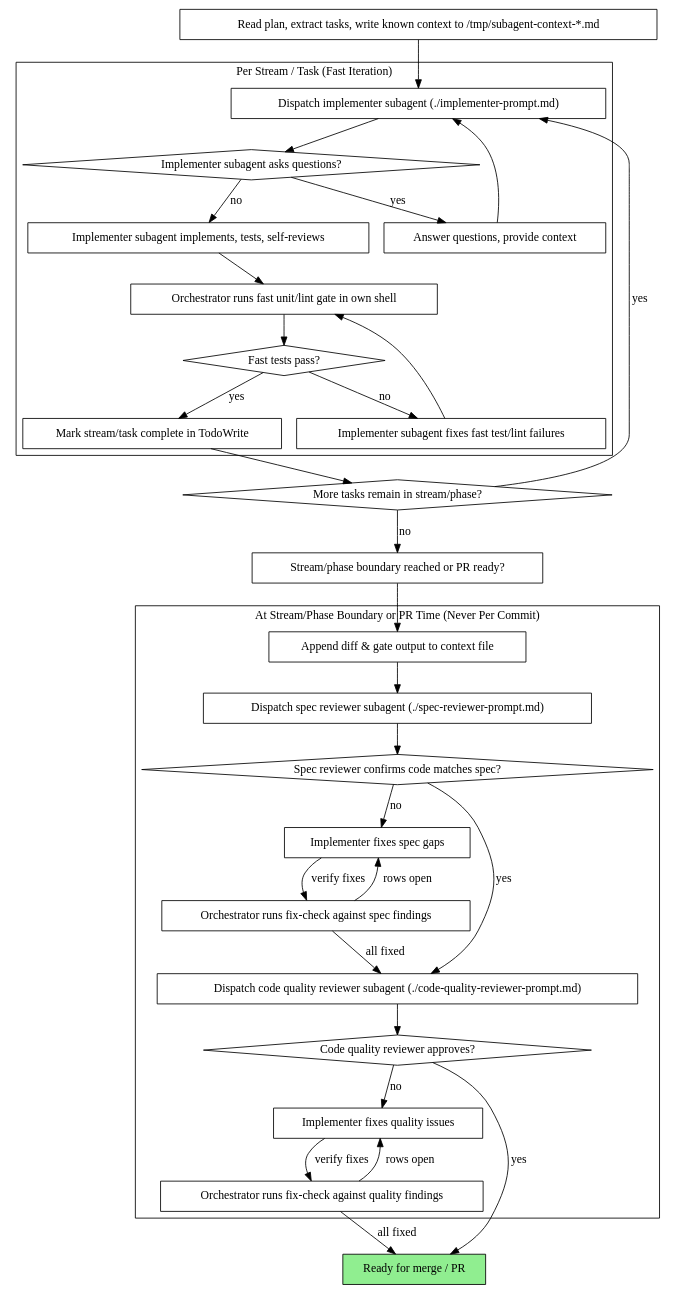
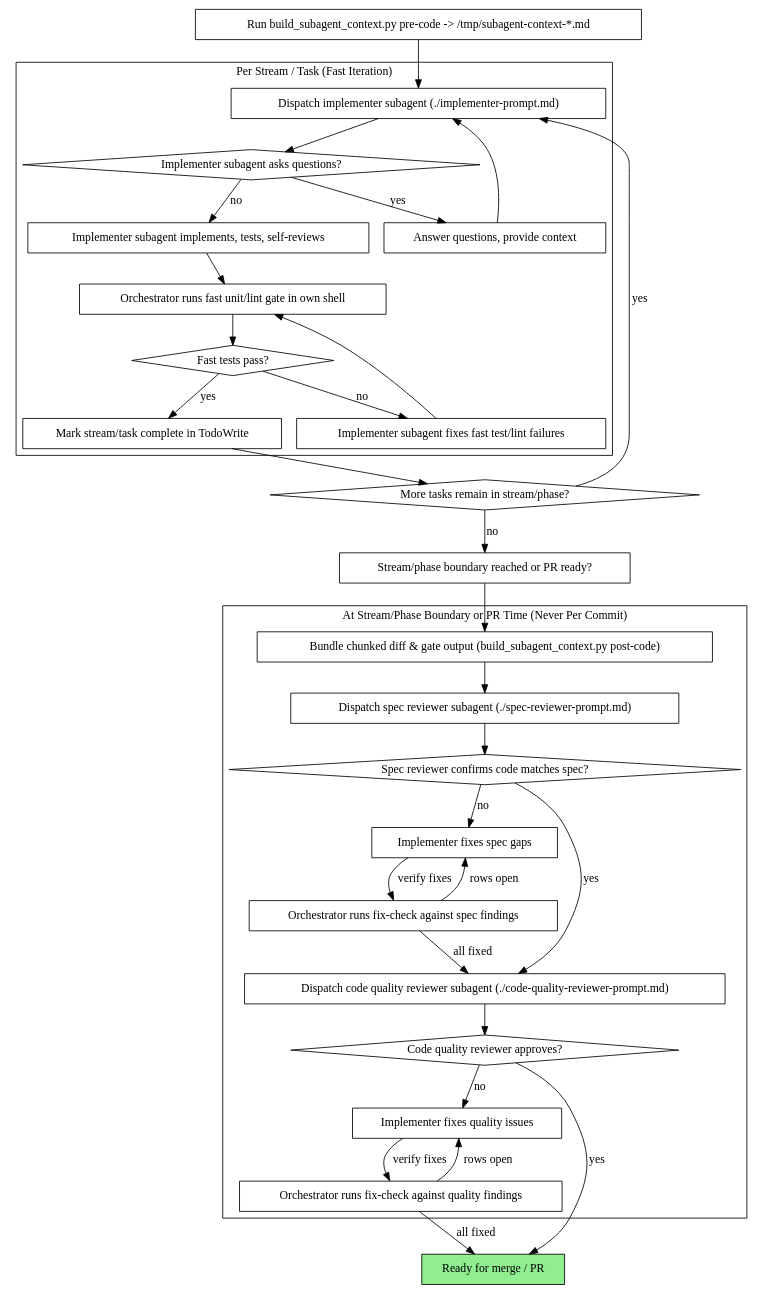
One commit to futuregerald/futuregerald-claude-plugin changed the second of 2 diagrams in internal/catalog/shared/skills/subagent-driven-development/SKILL.md. Above: the diagram before and after it, drawn with Graphviz. The commit also changed other lines of this file and 62 other files, not shown here.

````diff
--- a/internal/catalog/shared/skills/subagent-driven-development/SKILL.md
+++ b/internal/catalog/shared/skills/subagent-driven-development/SKILL.md
@@ -72,63 +99,63 @@
 ```dot
 digraph process {
     rankdir=TB;
 
     subgraph cluster_per_stream {
         label="Per Stream / Task (Fast Iteration)";
         "Dispatch implementer subagent (./implementer-prompt.md)" [shape=box];
         "Implementer subagent asks questions?" [shape=diamond];
         "Answer questions, provide context" [shape=box];
         "Implementer subagent implements, tests, self-reviews" [shape=box];
         "Orchestrator runs fast unit/lint gate in own shell" [shape=box];
         "Fast tests pass?" [shape=diamond];
         "Implementer subagent fixes fast test/lint failures" [shape=box];
         "Mark stream/task complete in TodoWrite" [shape=box];
     }
 
     subgraph cluster_review_gate {
         label="At Stream/Phase Boundary or PR Time (Never Per Commit)";
-        "Append diff & gate output to context file" [shape=box];
+        "Bundle chunked diff & gate output (build_subagent_context.py post-code)" [shape=box];
         "Dispatch spec reviewer subagent (./spec-reviewer-prompt.md)" [shape=box];
         "Spec reviewer confirms code matches spec?" [shape=diamond];
         "Implementer fixes spec gaps" [shape=box];
         "Orchestrator runs fix-check against spec findings" [shape=box];
         "Dispatch code quality reviewer subagent (./code-quality-reviewer-prompt.md)" [shape=box];
         "Code quality reviewer approves?" [shape=diamond];
         "Implementer fixes quality issues" [shape=box];
         "Orchestrator runs fix-check against quality findings" [shape=box];
     }
 
-    "Read plan, extract tasks, write known context to /tmp/subagent-context-*.md" [shape=box];
+    "Run build_subagent_context.py pre-code -> /tmp/subagent-context-*.md" [shape=box];
     "More tasks remain in stream/phase?" [shape=diamond];
     "Stream/phase boundary reached or PR ready?" [shape=box];
     "Ready for merge / PR" [shape=box style=filled fillcolor=lightgreen];
 
-    "Read plan, extract tasks, write known context to /tmp/subagent-context-*.md" -> "Dispatch implementer subagent (./implementer-prompt.md)";
+    "Run build_subagent_context.py pre-code -> /tmp/subagent-context-*.md" -> "Dispatch implementer subagent (./implementer-prompt.md)";
     "Dispatch implementer subagent (./implementer-prompt.md)" -> "Implementer subagent asks questions?";
     "Implementer subagent asks questions?" -> "Answer questions, provide context" [label="yes"];
     "Answer questions, provide context" -> "Dispatch implementer subagent (./implementer-prompt.md)";
     "Implementer subagent asks questions?" -> "Implementer subagent implements, tests, self-reviews" [label="no"];
     "Implementer subagent implements, tests, self-reviews" -> "Orchestrator runs fast unit/lint gate in own shell";
     "Orchestrator runs fast unit/lint gate in own shell" -> "Fast tests pass?";
     "Fast tests pass?" -> "Implementer subagent fixes fast test/lint failures" [label="no"];
     "Implementer subagent fixes fast test/lint failures" -> "Orchestrator runs fast unit/lint gate in own shell";
     "Fast tests pass?" -> "Mark stream/task complete in TodoWrite" [label="yes"];
     "Mark stream/task complete in TodoWrite" -> "More tasks remain in stream/phase?";
     "More tasks remain in stream/phase?" -> "Dispatch implementer subagent (./implementer-prompt.md)" [label="yes"];
     "More tasks remain in stream/phase?" -> "Stream/phase boundary reached or PR ready?" [label="no"];
-    "Stream/phase boundary reached or PR ready?" -> "Append diff & gate output to context file";
-    "Append diff & gate output to context file" -> "Dispatch spec reviewer subagent (./spec-reviewer-prompt.md)";
+    "Stream/phase boundary reached or PR ready?" -> "Bundle chunked diff & gate output (build_subagent_context.py post-code)";
+    "Bundle chunked diff & gate output (build_subagent_context.py post-code)" -> "Dispatch spec reviewer subagent (./spec-reviewer-prompt.md)";
     "Dispatch spec reviewer subagent (./spec-reviewer-prompt.md)" -> "Spec reviewer confirms code matches spec?";
     "Spec reviewer confirms code matches spec?" -> "Implementer fixes spec gaps" [label="no"];
     "Implementer fixes spec gaps" -> "Orchestrator runs fix-check against spec findings" [label="verify fixes"];
     "Orchestrator runs fix-check against spec findings" -> "Implementer fixes spec gaps" [label="rows open"];
     "Orchestrator runs fix-check against spec findings" -> "Dispatch code quality reviewer subagent (./code-quality-reviewer-prompt.md)" [label="all fixed"];
     "Spec reviewer confirms code matches spec?" -> "Dispatch code quality reviewer subagent (./code-quality-reviewer-prompt.md)" [label="yes"];
     "Dispatch code quality reviewer subagent (./code-quality-reviewer-prompt.md)" -> "Code quality reviewer approves?";
     "Code quality reviewer approves?" -> "Implementer fixes quality issues" [label="no"];
     "Implementer fixes quality issues" -> "Orchestrator runs fix-check against quality findings" [label="verify fixes"];
     "Orchestrator runs fix-check against quality findings" -> "Implementer fixes quality issues" [label="rows open"];
     "Orchestrator runs fix-check against quality findings" -> "Ready for merge / PR" [label="all fixed"];
     "Code quality reviewer approves?" -> "Ready for merge / PR" [label="yes"];
 }
 ```
````
